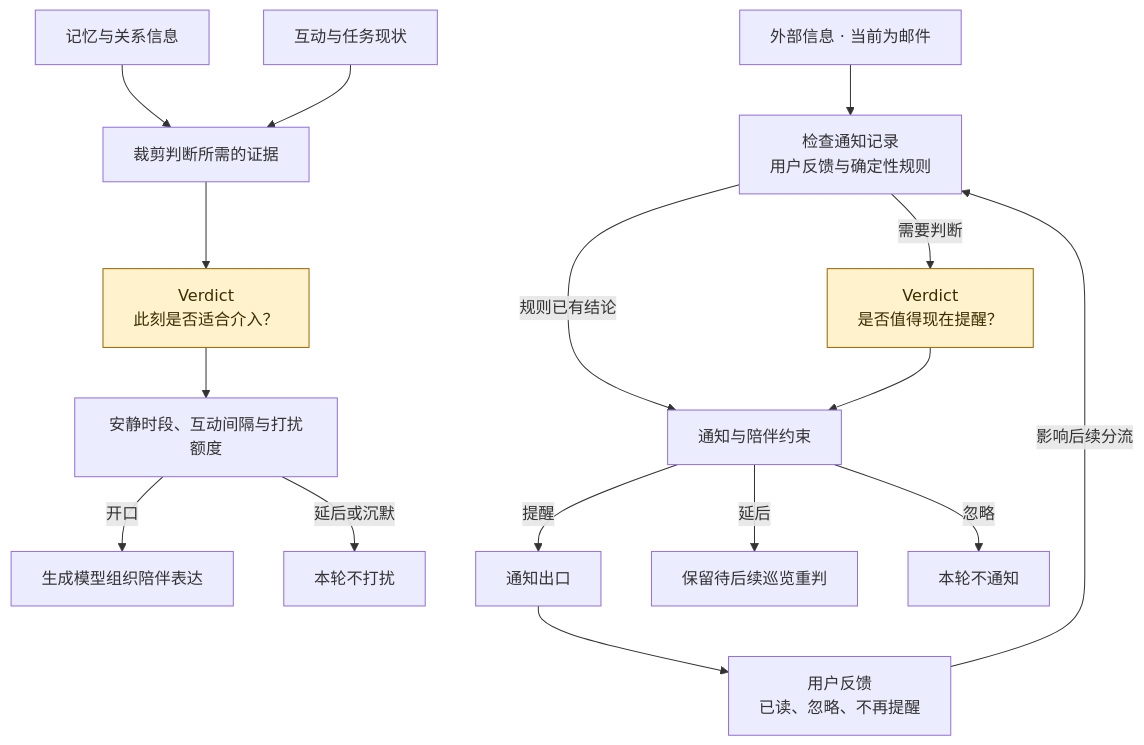
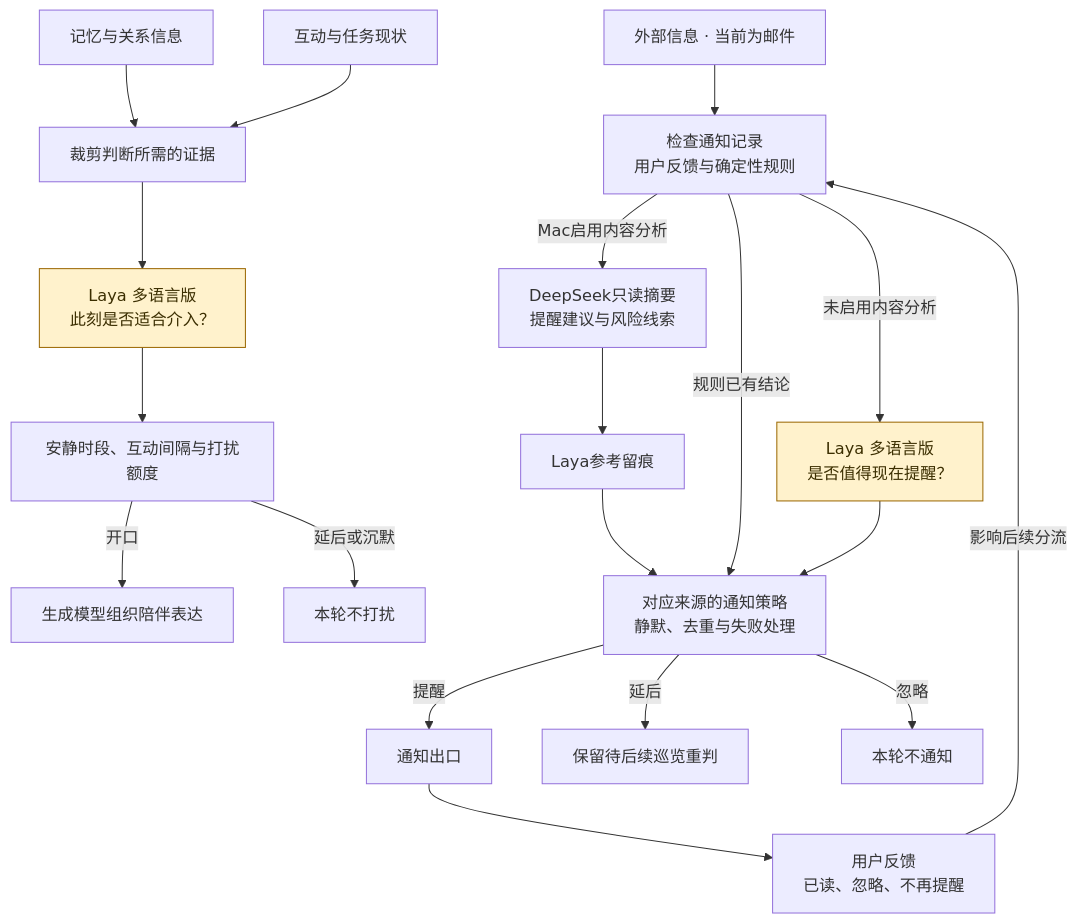
One commit to sjxbbdb/YunXi-Bot changed the sixth of 7 diagrams in README.md. Above: the diagram before and after it, drawn with Mermaid. The commit also changed other lines of this file and 185 other files, not shown here.

````diff
--- a/README.md
+++ b/README.md
@@ -273,20 +313,23 @@
 ```mermaid
 flowchart TB
     MEMORY[记忆与关系信息] --> STATE[裁剪判断所需的证据]
     EVENTS[互动与任务现状] --> STATE
-    STATE --> V1[Verdict<br/>此刻是否适合介入？]
+    STATE --> V1[Laya 多语言版<br/>此刻是否适合介入？]
     V1 --> LIMIT1[安静时段、互动间隔与打扰额度]
     LIMIT1 -->|开口| SPEAK[生成模型组织陪伴表达]
     LIMIT1 -->|延后或沉默| QUIET[本轮不打扰]
     MAIL[外部信息 · 当前为邮件] --> RULE[检查通知记录<br/>用户反馈与确定性规则]
-    RULE -->|需要判断| V2[Verdict<br/>是否值得现在提醒？]
-    RULE -->|规则已有结论| LIMIT2[通知与陪伴约束]
+    RULE -->|Mac启用内容分析| ANALYSIS[DeepSeek只读摘要<br/>提醒建议与风险线索]
+    ANALYSIS --> REF[Laya参考留痕]
+    REF --> LIMIT2
+    RULE -->|未启用内容分析| V2[Laya 多语言版<br/>是否值得现在提醒？]
+    RULE -->|规则已有结论| LIMIT2[对应来源的通知策略<br/>静默、去重与失败处理]
     V2 --> LIMIT2
     LIMIT2 -->|提醒| NOTIFY[通知出口]
     LIMIT2 -->|延后| HOLD[保留待后续巡览重判]
     LIMIT2 -->|忽略| IGNORE[本轮不通知]
     NOTIFY --> FEEDBACK[用户反馈<br/>已读、忽略、不再提醒]
     FEEDBACK -->|影响后续分流| RULE
     classDef decision fill:#fff2cc,stroke:#9a6700,color:#3b2e00;
     class V1,V2 decision;
 ```
````
